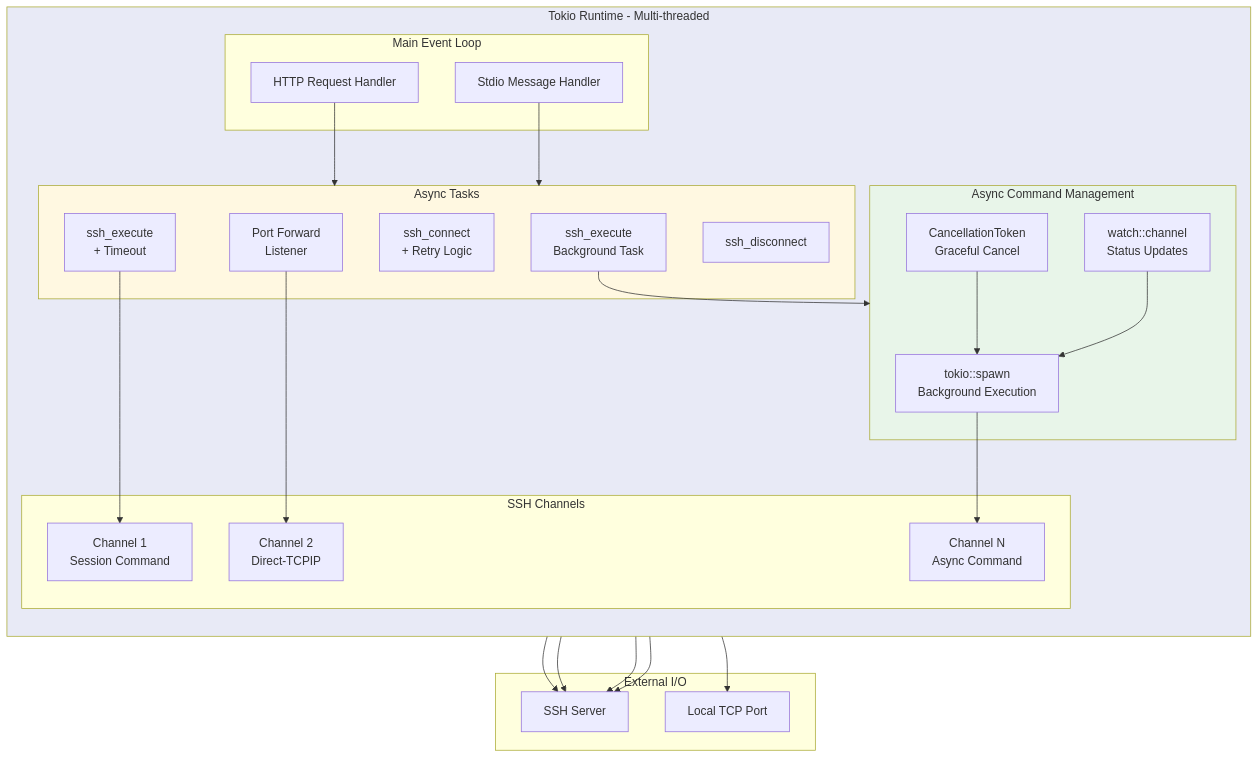
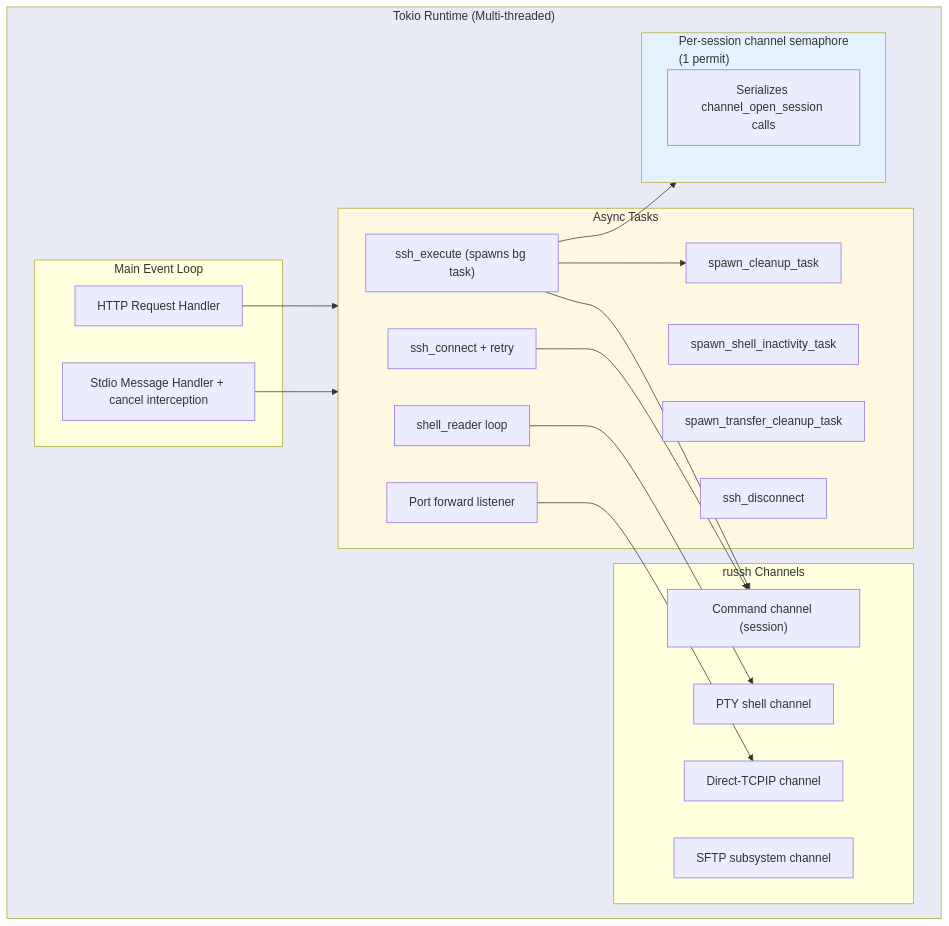
One commit to farchanjo/ssh-mcp changed the seventh of 11 diagrams in docs/ARCHITECTURE.md. Above: the diagram before and after it, drawn with Mermaid. The commit also changed other lines of this file and 5 other files, not shown here.

````diff
--- a/docs/ARCHITECTURE.md
+++ b/docs/ARCHITECTURE.md
@@ -801,54 +633,44 @@
 ```mermaid
 flowchart TB
-    subgraph Runtime["Tokio Runtime - Multi-threaded"]
-        direction TB
-
+    subgraph Runtime["Tokio Runtime (Multi-threaded)"]
         subgraph MainLoop["Main Event Loop"]
             HTTP["HTTP Request Handler"]
-            STDIO["Stdio Message Handler"]
+            STDIO["Stdio Message Handler + cancel interception"]
         end
 
         subgraph Tasks["Async Tasks"]
-            Connect["ssh_connect<br/>+ Retry Logic"]
-            Execute["ssh_execute<br/>+ Timeout"]
-            AsyncExec["ssh_execute<br/>Background Task"]
-            Forward["Port Forward<br/>Listener"]
+            Connect["ssh_connect + retry"]
+            Execute["ssh_execute (spawns bg task)"]
+            CancelCleanup["spawn_cleanup_task"]
+            ShellReader["shell_reader loop"]
+            ShellTTL["spawn_shell_inactivity_task"]
+            XferCleanup["spawn_transfer_cleanup_task"]
+            Forward["Port forward listener"]
             Disconnect["ssh_disconnect"]
         end
 
-        subgraph AsyncCommands["Async Command Management"]
-            Spawn["tokio::spawn<br/>Background Execution"]
-            Cancel["CancellationToken<br/>Graceful Cancel"]
-            Status["watch::channel<br/>Status Updates"]
+        subgraph Channels["russh Channels"]
+            ChanExec["Command channel (session)"]
+            ChanPty["PTY shell channel"]
+            ChanFwd["Direct-TCPIP channel"]
+            ChanSftp["SFTP subsystem channel"]
         end
 
-        subgraph Channels["SSH Channels"]
-            Chan1["Channel 1<br/>Session Command"]
-            Chan2["Channel 2<br/>Direct-TCPIP"]
-            ChanAsync["Channel N<br/>Async Command"]
+        subgraph Semaphore["Per-session channel semaphore<br/>(1 permit)"]
+            S["Serializes channel_open_session calls"]
         end
-    end
-
-    subgraph External["External I/O"]
-        SSHServer["SSH Server"]
-        LocalPort["Local TCP Port"]
     end
 
     HTTP --> Tasks
     STDIO --> Tasks
-    Connect --> SSHServer
-    Execute --> Chan1
-    AsyncExec --> AsyncCommands
-    Spawn --> ChanAsync
-    Cancel --> Spawn
-    Status --> Spawn
-    Forward --> Chan2
-    Forward --> LocalPort
-    Chan1 --> SSHServer
-    Chan2 --> SSHServer
-    ChanAsync --> SSHServer
+    Execute --> Semaphore
+    Execute --> ChanExec
+    ShellReader --> ChanPty
+    Forward --> ChanFwd
+    Execute --> CancelCleanup
+    Connect --> ChanExec
 
     style Runtime fill:#e8eaf6
     style Tasks fill:#fff8e1
-    style AsyncCommands fill:#e8f5e9
+    style Semaphore fill:#e3f2fd
 ```
````
